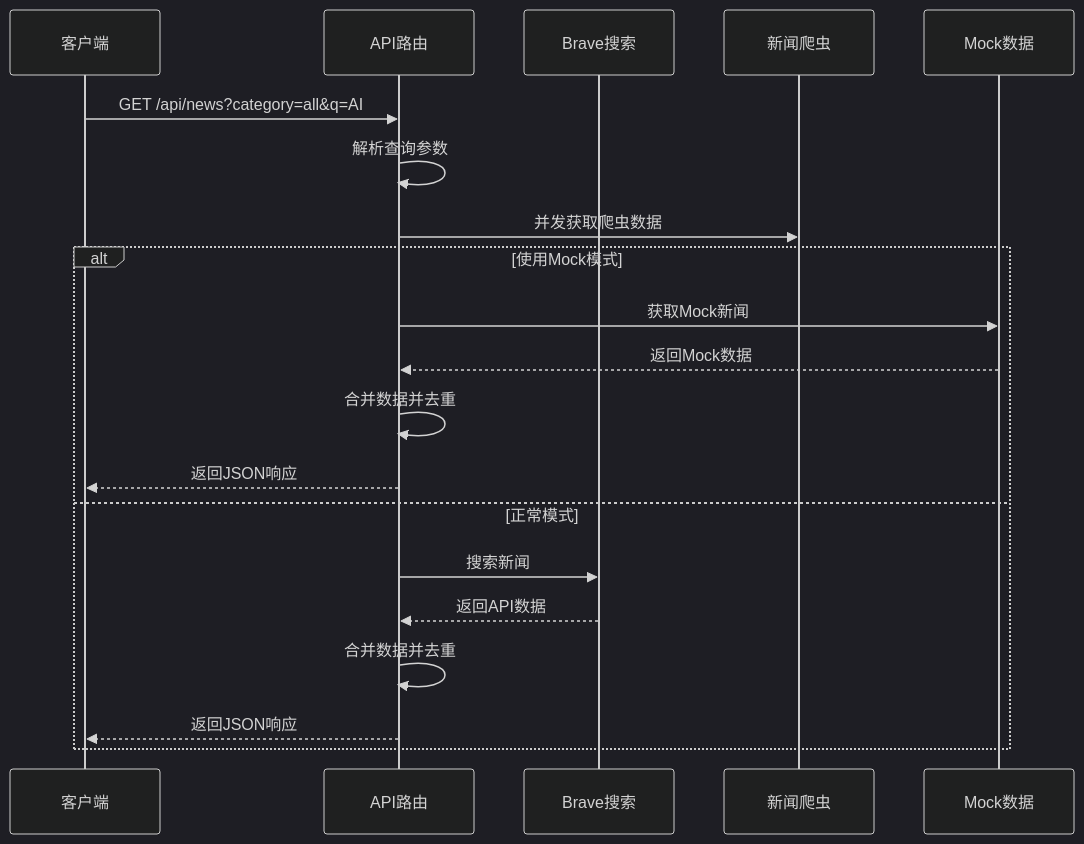
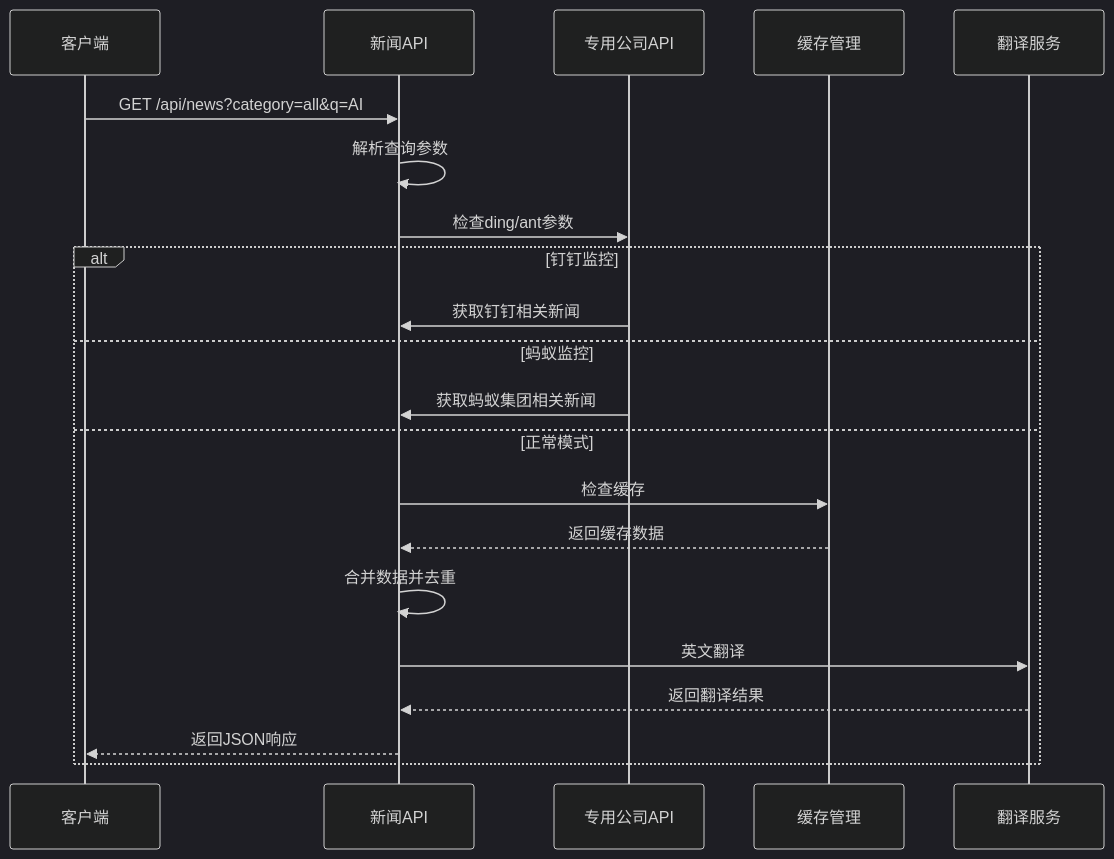
Before and after one commit to zuozuoliu740-cmd/xianxiong-news: the second of 5 diagrams in .qoder/repowiki/zh/content/API接口文档.md, drawn with Mermaid (dark theme). The commit also changed other lines of this file and 11 other files, not shown here.

````diff
--- a/.qoder/repowiki/zh/content/API接口文档.md
+++ b/.qoder/repowiki/zh/content/API接口文档.md
@@ -125,22 +170,23 @@
 ```mermaid
 sequenceDiagram
 participant Client as 客户端
-participant API as API路由
-participant Search as Brave搜索
-participant Scraper as 新闻爬虫
-participant Mock as Mock数据
-Client->>API : GET /api/news?category=all&q=AI
-API->>API : 解析查询参数
-API->>Scraper : 并发获取爬虫数据
-alt 使用Mock模式
-API->>Mock : 获取Mock新闻
-Mock-->>API : 返回Mock数据
-API->>API : 合并数据并去重
-API-->>Client : 返回JSON响应
+participant NewsAPI as 新闻API
+participant CompanyAPI as 专用公司API
+participant Cache as 缓存管理
+participant Translator as 翻译服务
+Client->>NewsAPI : GET /api/news?category=all&q=AI
+NewsAPI->>NewsAPI : 解析查询参数
+NewsAPI->>CompanyAPI : 检查ding/ant参数
+alt 钉钉监控
+CompanyAPI->>NewsAPI : 获取钉钉相关新闻
+else 蚂蚁监控
+CompanyAPI->>NewsAPI : 获取蚂蚁集团相关新闻
 else 正常模式
-API->>Search : 搜索新闻
-Search-->>API : 返回API数据
-API->>API : 合并数据并去重
-API-->>Client : 返回JSON响应
+NewsAPI->>Cache : 检查缓存
+Cache-->>NewsAPI : 返回缓存数据
+NewsAPI->>NewsAPI : 合并数据并去重
+NewsAPI->>Translator : 英文翻译
+Translator-->>NewsAPI : 返回翻译结果
+NewsAPI-->>Client : 返回JSON响应
 end
 ```
````
